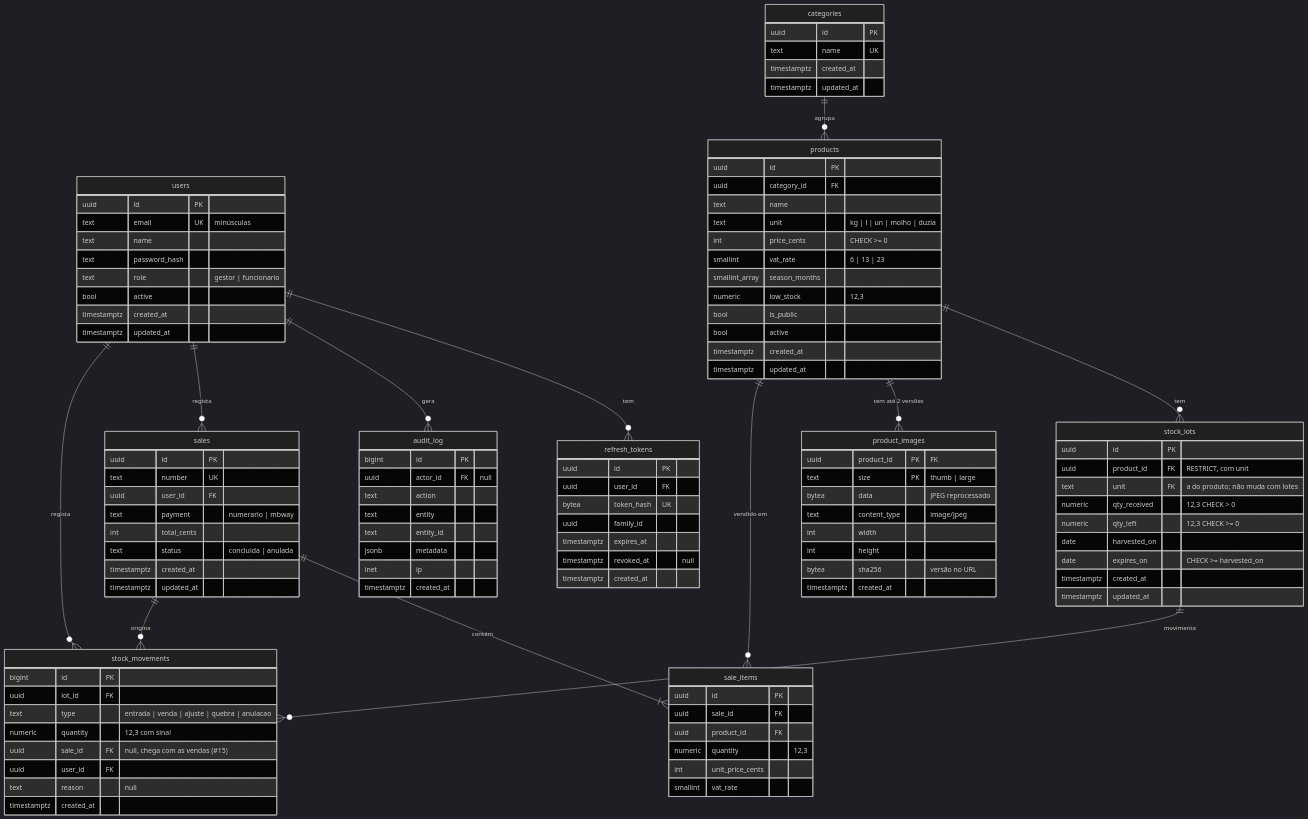
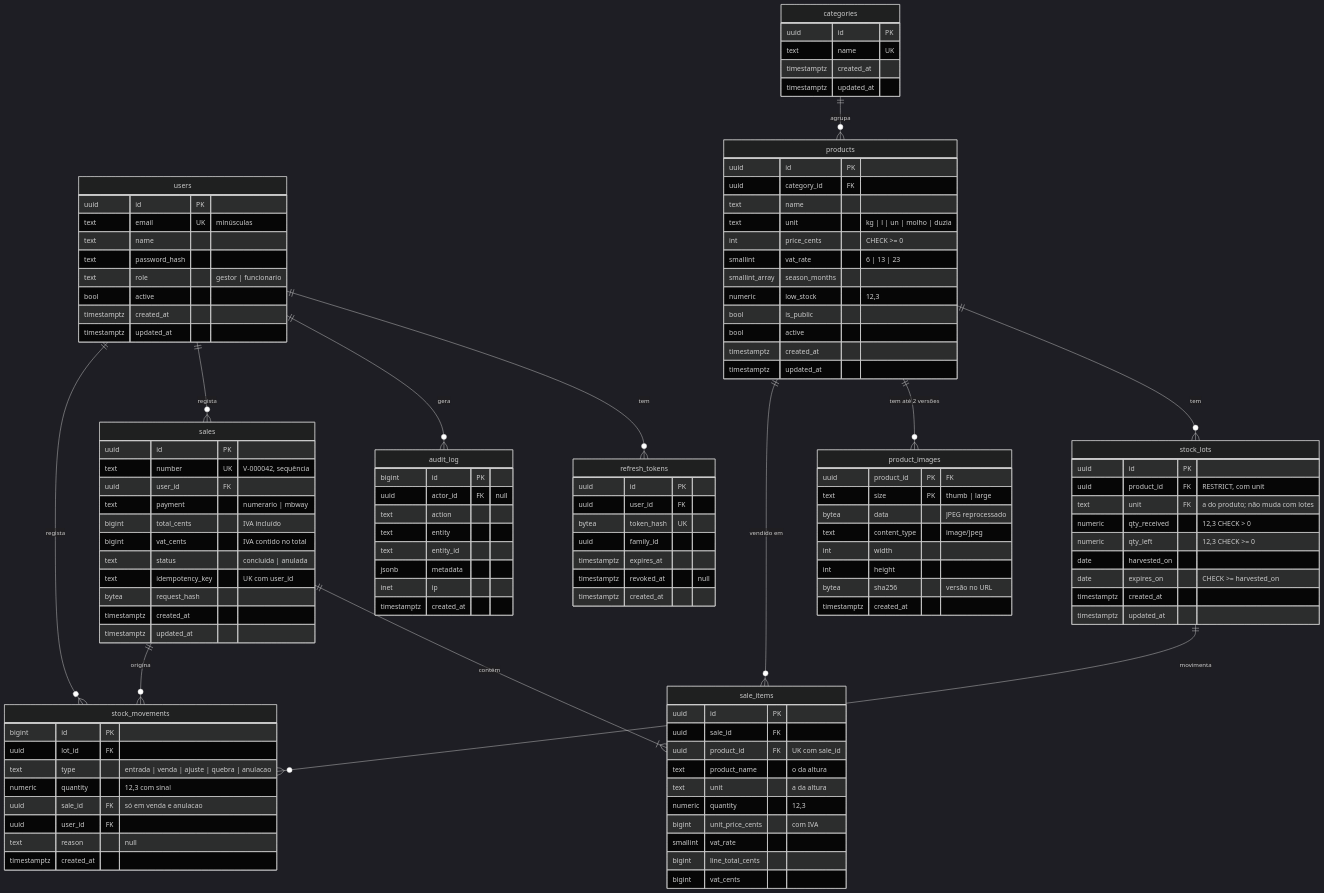
The diagram in docs/architecture/data-model.md (VascoDuart/loja-da-quinta), drawn with Mermaid (dark theme) before and after one commit. The commit also changed other lines of this file and 42 other files, not shown here.

```diff
--- a/docs/architecture/data-model.md
+++ b/docs/architecture/data-model.md
@@ -86,28 +86,35 @@
     }
     sales {
         uuid id PK
-        text number UK
+        text number UK "V-000042, sequência"
         uuid user_id FK
         text payment "numerario | mbway"
-        int total_cents
+        bigint total_cents "IVA incluído"
+        bigint vat_cents "IVA contido no total"
         text status "concluida | anulada"
+        text idempotency_key "UK com user_id"
+        bytea request_hash
         timestamptz created_at
         timestamptz updated_at
     }
     sale_items {
         uuid id PK
         uuid sale_id FK
-        uuid product_id FK
+        uuid product_id FK "UK com sale_id"
+        text product_name "o da altura"
+        text unit "a da altura"
         numeric quantity "12,3"
-        int unit_price_cents
+        bigint unit_price_cents "com IVA"
         smallint vat_rate
+        bigint line_total_cents
+        bigint vat_cents
     }
     stock_movements {
         bigint id PK
         uuid lot_id FK
         text type "entrada | venda | ajuste | quebra | anulacao"
         numeric quantity "12,3 com sinal"
-        uuid sale_id FK "null, chega com as vendas (#15)"
+        uuid sale_id FK "só em venda e anulacao"
         uuid user_id FK
         text reason "null"
         timestamptz created_at
```
